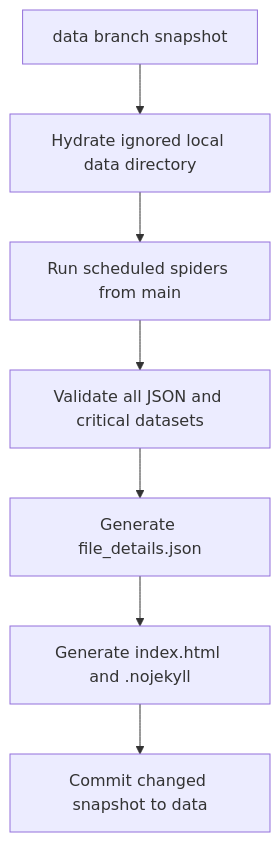
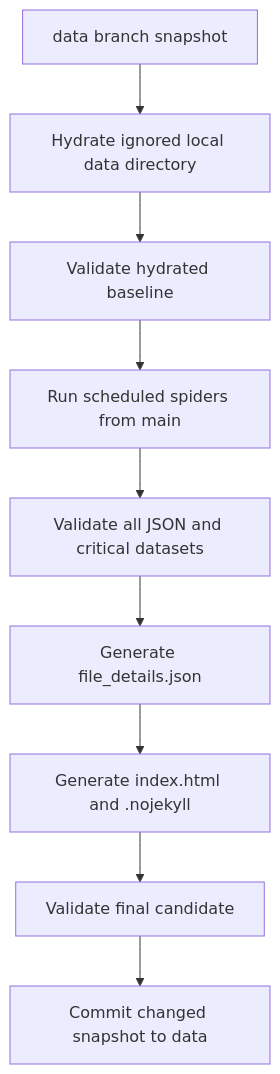
The diagram in workflow.md (NTHU-SA/NTHU-Data-Scraper), drawn with Mermaid before and after one commit. The commit also changed other lines of this file and 25 other files, not shown here.

````diff
--- a/workflow.md
+++ b/workflow.md
@@ -29,9 +29,11 @@
 ```mermaid
 flowchart TD
   snapshot[data branch snapshot] --> hydrate[Hydrate ignored local data directory]
-  hydrate --> crawl[Run scheduled spiders from main]
+  hydrate --> baseline[Validate hydrated baseline]
+  baseline --> crawl[Run scheduled spiders from main]
   crawl --> validate[Validate all JSON and critical datasets]
   validate --> metadata[Generate file_details.json]
   metadata --> index[Generate index.html and .nojekyll]
-  index --> commit[Commit changed snapshot to data]
+  index --> final[Validate final candidate]
+  final --> commit[Commit changed snapshot to data]
 ```
````
